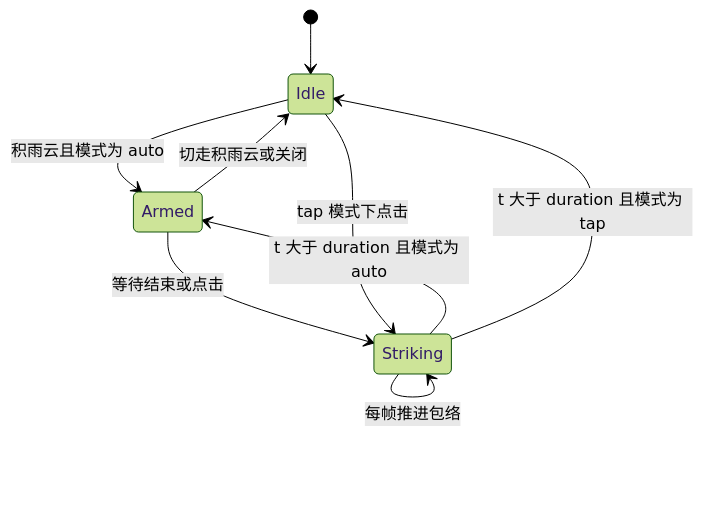
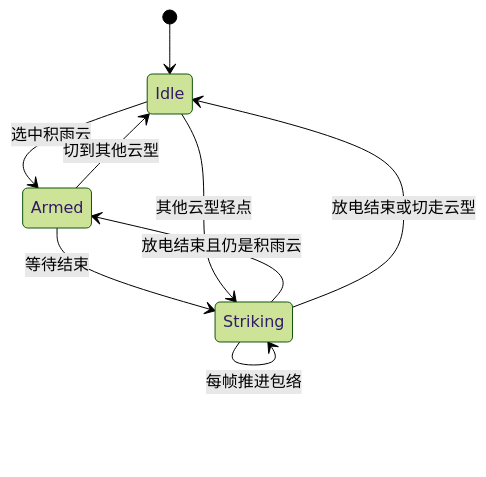
One commit to doit1024/cloud-altas changed the second of 2 diagrams in docs/cumulus-lightning.md. Above: the diagram before and after it, drawn with Mermaid (forest theme). The commit also changed other lines of this file and 3 other files, not shown here.

````diff
--- a/docs/cumulus-lightning.md
+++ b/docs/cumulus-lightning.md
@@ -366,11 +366,11 @@
 ```mermaid
 stateDiagram-v2
   [*] --> Idle
-  Idle --> Armed: 积雨云且模式为 auto
-  Armed --> Striking: 等待结束或点击
+  Idle --> Armed: 选中积雨云
+  Armed --> Striking: 等待结束
   Striking --> Striking: 每帧推进包络
-  Striking --> Armed: t 大于 duration 且模式为 auto
-  Striking --> Idle: t 大于 duration 且模式为 tap
-  Armed --> Idle: 切走积雨云或关闭
-  Idle --> Striking: tap 模式下点击
+  Striking --> Armed: 放电结束且仍是积雨云
+  Armed --> Idle: 切到其他云型
+  Idle --> Striking: 其他云型轻点
+  Striking --> Idle: 放电结束或切走云型
 ```
````
